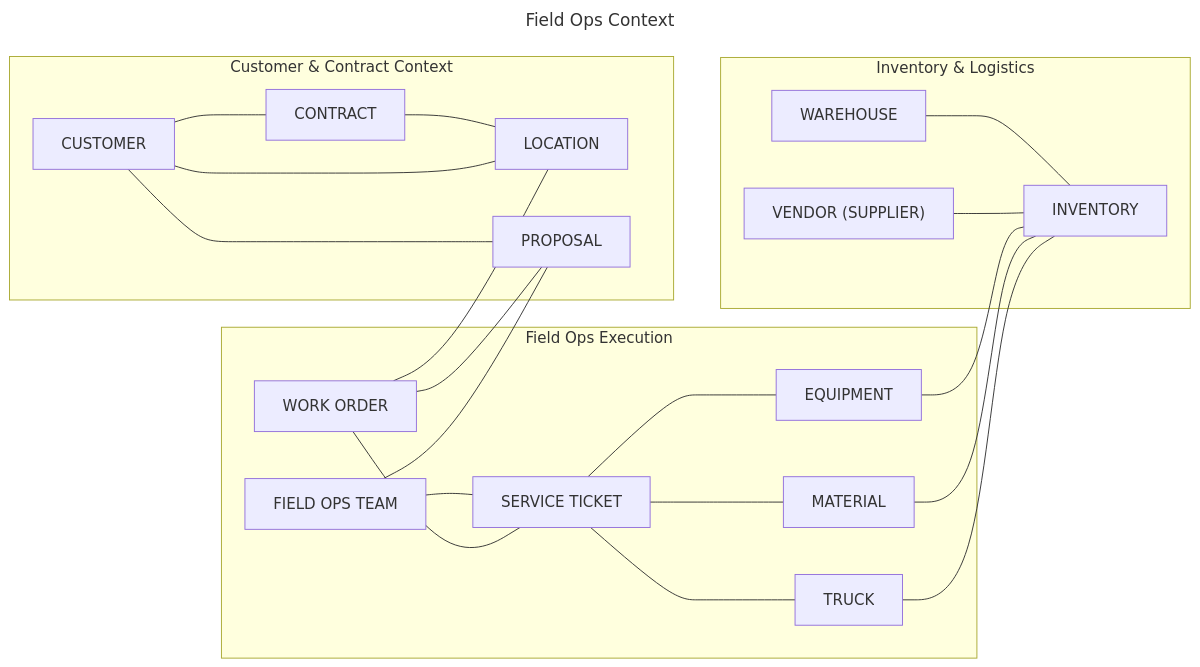
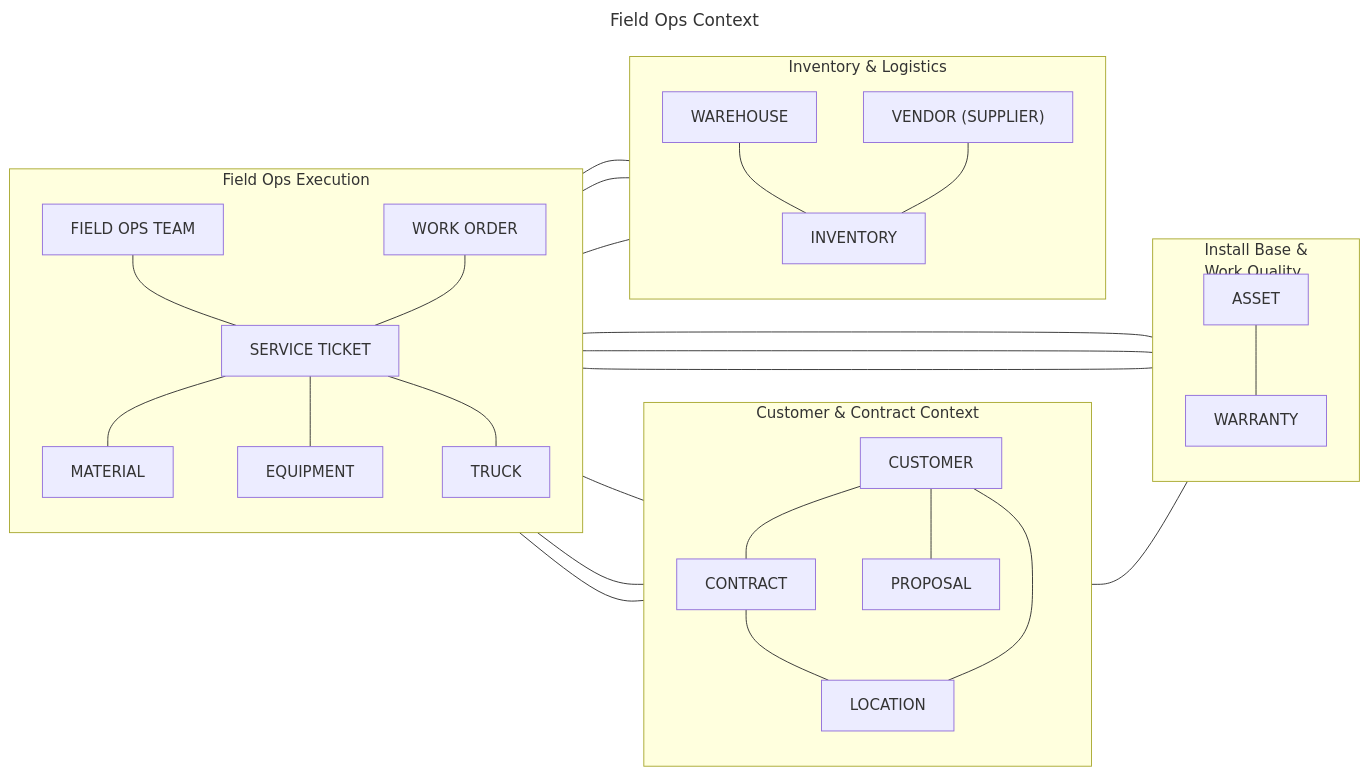
One commit to mcknz76/diagram-example changed the diagram in field-ops-bounded-context.mmd. Above: the diagram before and after it, drawn with Mermaid.

Commit message:
updated fieldops

```diff
--- a/field-ops-bounded-context.mmd
+++ b/field-ops-bounded-context.mmd
@@ -1,61 +1,79 @@
 ---
 title: Field Ops Context
 ---
 flowchart LR
 
 %% ===========================
-%% FIELD OPS EXECUTION
+%% INSTALL BASE & WORK QUALITY
 %% ===========================
-subgraph ExecCtx["Field Ops Execution"]
-    FIELDOPSTEAM["FIELD OPS TEAM"]
-    WORKORDER["WORK ORDER"]
-    SERVICETICKET["SERVICE TICKET"]
-    EQUIPMENT["EQUIPMENT"]
-    MATERIAL["MATERIAL"]
-    TRUCK["TRUCK"]
+subgraph InstallCtx["Install&nbsp;Base&nbsp;&amp;<br>Work&nbsp;Quality"]
+    direction TB
+    ASSET["ASSET"]
+    WARRANTY["WARRANTY"]
 
-    FIELDOPSTEAM --- SERVICETICKET
-    WORKORDER --- SERVICETICKET
-
-    SERVICETICKET --- EQUIPMENT
-    SERVICETICKET --- MATERIAL
-    SERVICETICKET --- TRUCK
+    ASSET --- WARRANTY
 end
 
 %% ===========================
 %% CUSTOMER & CONTRACT CONTEXT
 %% ===========================
 subgraph CustCtx["Customer&nbsp;&amp;&nbsp;Contract&nbsp;Context"]
+    direction TB
     CUST["CUSTOMER"]
     CONTRACT["CONTRACT"]
     LOCATION["LOCATION"]
     PROPOSAL["PROPOSAL"]
 
     CUST --- CONTRACT
     CONTRACT --- LOCATION
     CUST --- LOCATION
     CUST --- PROPOSAL
 end
 
 %% ===========================
+%% FIELD OPS EXECUTION
+%% ===========================
+subgraph ExecCtx["Field&nbsp;Ops&nbsp;Execution"]
+    direction TB
+    FIELDOPSTEAM["FIELD OPS TEAM"]
+    WORKORDER["WORK ORDER"]
+    SERVICETICKET["SERVICE TICKET"]
+    MATERIAL["MATERIAL"]
+    EQUIPMENT["EQUIPMENT"]
+    TRUCK["TRUCK"]
+
+    FIELDOPSTEAM --- SERVICETICKET
+    WORKORDER --- SERVICETICKET
+    SERVICETICKET --- MATERIAL
+    SERVICETICKET --- EQUIPMENT
+    SERVICETICKET --- TRUCK
+end
+
+%% ===========================
 %% INVENTORY & LOGISTICS
 %% ===========================
-subgraph InvCtx["Inventory & Logistics"]
+subgraph InvCtx["Inventory&nbsp;&amp;&nbsp;Logistics"]
+    direction TB
     WAREHOUSE["WAREHOUSE"]
     SUPPLIER["VENDOR (SUPPLIER)"]
     INVENTORY["INVENTORY"]
 
     WAREHOUSE --- INVENTORY
     SUPPLIER --- INVENTORY
 end
 
 %% ===========================
 %% CROSS-CONTEXT LINKS
 %% ===========================
 WORKORDER --- PROPOSAL
 FIELDOPSTEAM --- PROPOSAL
 WORKORDER --- LOCATION
 
+LOCATION --- ASSET
+SERVICETICKET --- ASSET
+SERVICETICKET --- WARRANTY
+FIELDOPSTEAM --- WARRANTY
+
+TRUCK --- INVENTORY
 EQUIPMENT --- INVENTORY
 MATERIAL --- INVENTORY
-TRUCK --- INVENTORY
```
